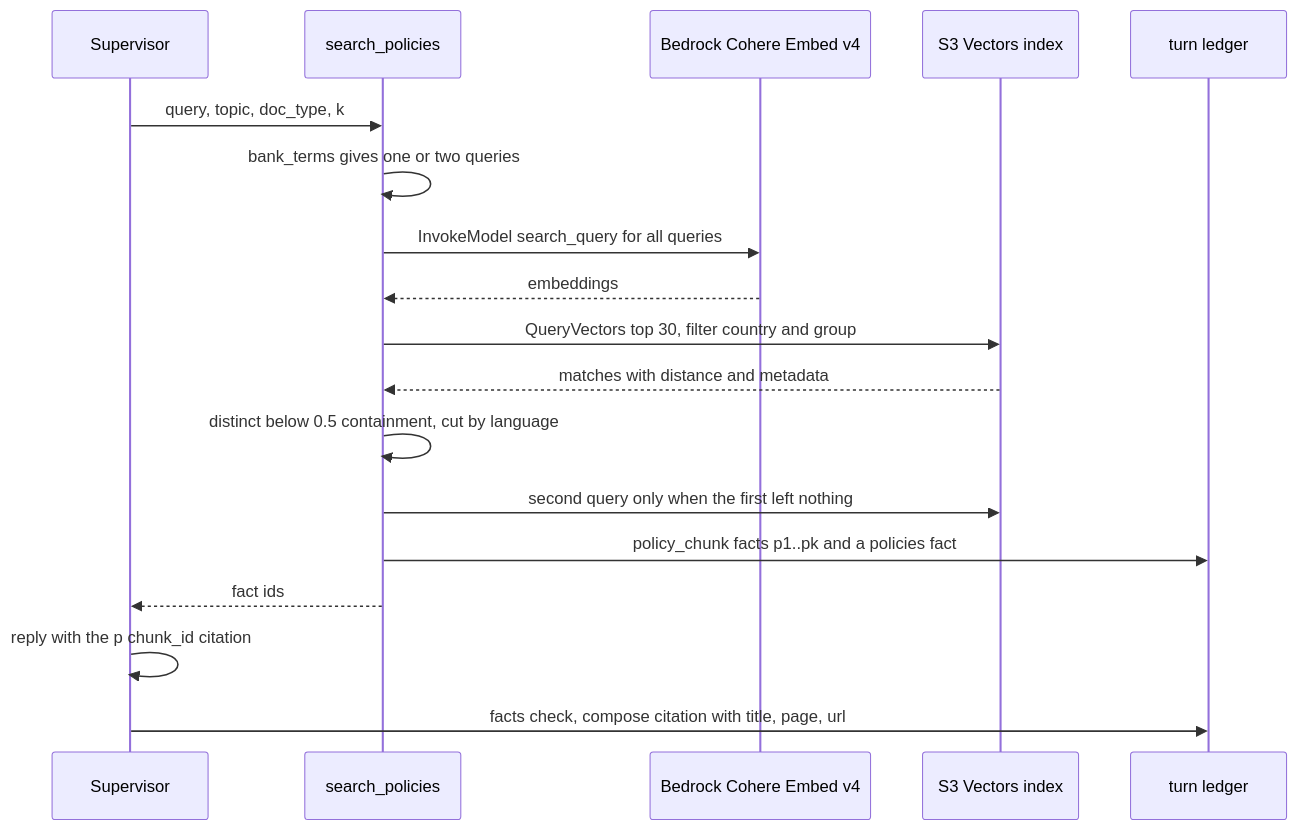
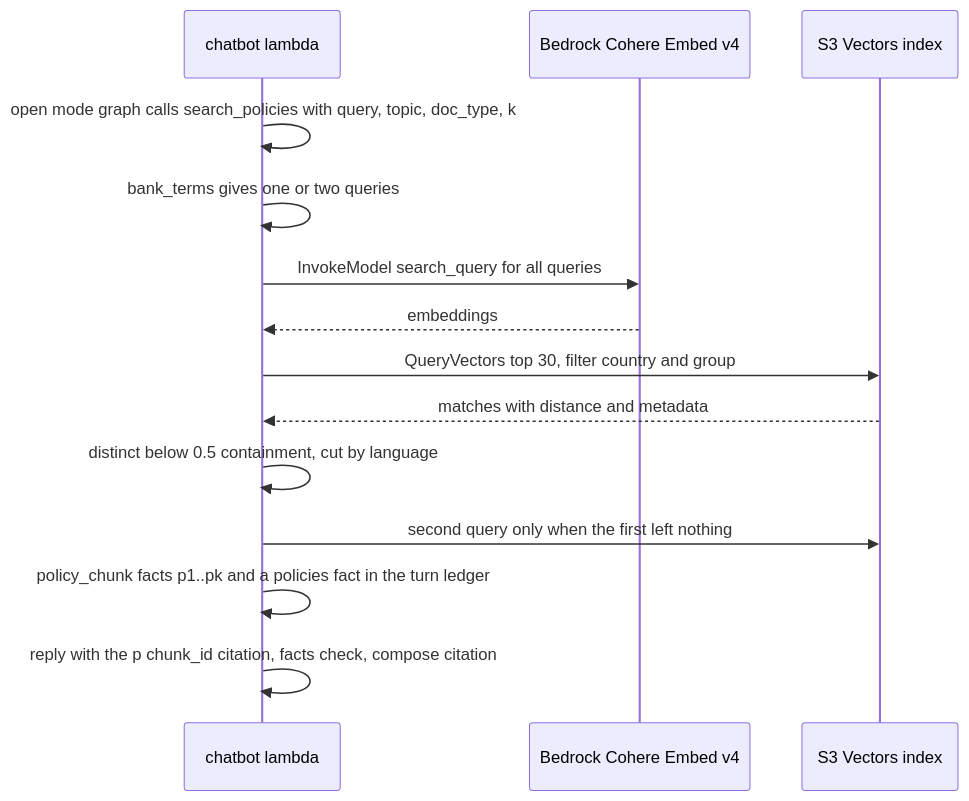
The fifth of 5 diagrams in docs/modules/data/flows.md (Team-ACGS/factored-hackathon-2026-acgs), drawn with Mermaid before and after one commit. The commit also changed other lines of this file and 6 other files, not shown here.

Commit message:
docs(assistant,cases,data,identity,messaging): reviewer findings on flows and readme, round 2

````diff
--- a/docs/modules/data/flows.md
+++ b/docs/modules/data/flows.md
@@ -171,20 +168,16 @@
 ```mermaid
 sequenceDiagram
-    participant Sup as Supervisor
-    participant Tool as search_policies
+    participant Chatbot as chatbot lambda
     participant Bedrock as Bedrock Cohere Embed v4
     participant Vectors as S3 Vectors index
-    participant Ledger as turn ledger
-    Sup->>Tool: query, topic, doc_type, k
-    Tool->>Tool: bank_terms gives one or two queries
-    Tool->>Bedrock: InvokeModel search_query for all queries
-    Bedrock-->>Tool: embeddings
-    Tool->>Vectors: QueryVectors top 30, filter country and group
-    Vectors-->>Tool: matches with distance and metadata
-    Tool->>Tool: distinct below 0.5 containment, cut by language
-    Tool->>Vectors: second query only when the first left nothing
-    Tool->>Ledger: policy_chunk facts p1..pk and a policies fact
-    Tool-->>Sup: fact ids
-    Sup->>Sup: reply with the p chunk_id citation
-    Sup->>Ledger: facts check, compose citation with title, page, url
+    Chatbot->>Chatbot: open mode graph calls search_policies with query, topic, doc_type, k
+    Chatbot->>Chatbot: bank_terms gives one or two queries
+    Chatbot->>Bedrock: InvokeModel search_query for all queries
+    Bedrock-->>Chatbot: embeddings
+    Chatbot->>Vectors: QueryVectors top 30, filter country and group
+    Vectors-->>Chatbot: matches with distance and metadata
+    Chatbot->>Chatbot: distinct below 0.5 containment, cut by language
+    Chatbot->>Vectors: second query only when the first left nothing
+    Chatbot->>Chatbot: policy_chunk facts p1..pk and a policies fact in the turn ledger
+    Chatbot->>Chatbot: reply with the p chunk_id citation, facts check, compose citation
 ```
````
